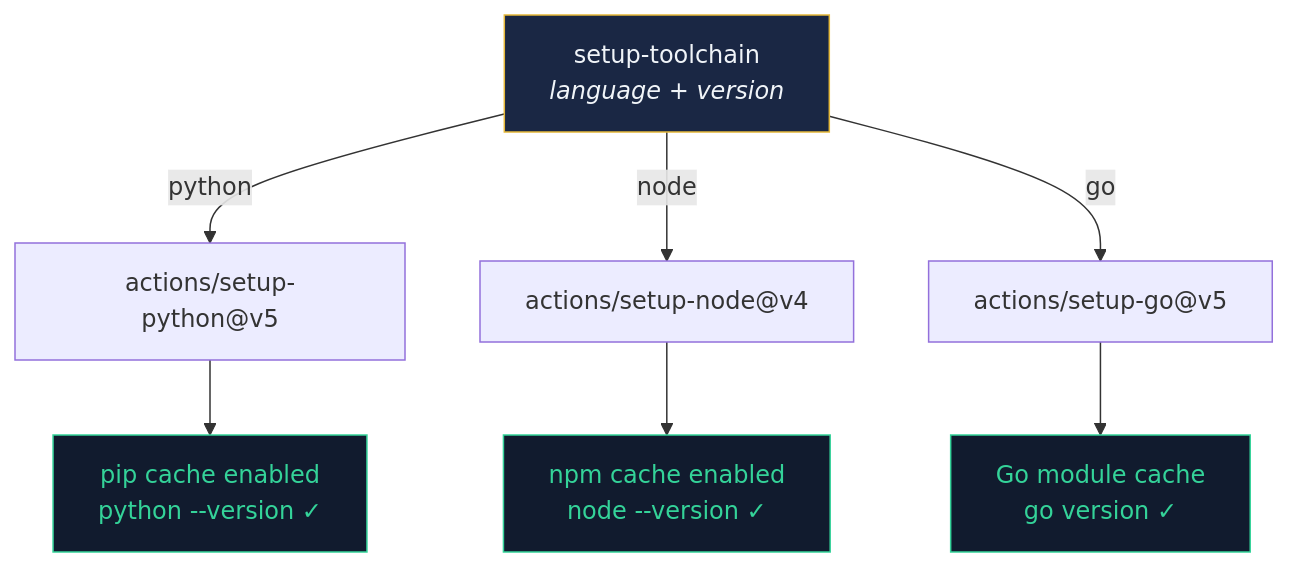
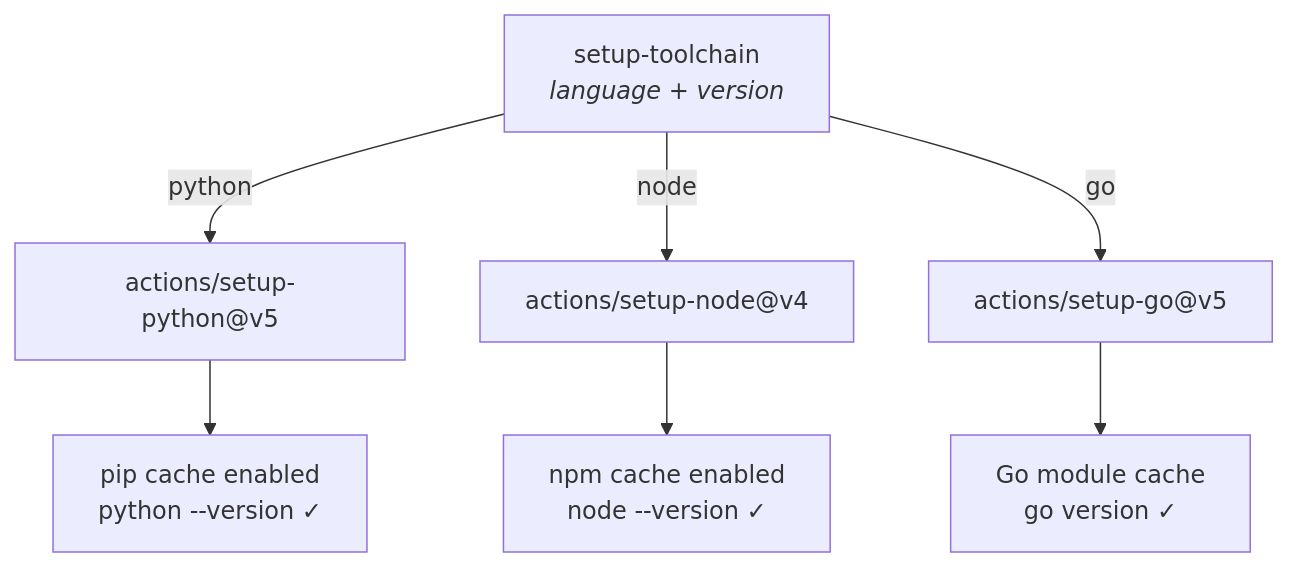
The diagram in docs/04-composite-actions.md (mruthyunjaya-lakkappanavar/gha-reusable-workflows-docs), drawn with Mermaid before and after one commit. The commit also changed 4 other files, not shown here.

Commit message:
Remove hardcoded dark styles from Mermaid diagrams for light/dark mode support

````diff
--- a/docs/04-composite-actions.md
+++ b/docs/04-composite-actions.md
@@ -23,16 +23,11 @@
 ```mermaid
 flowchart TD
     IN["setup-toolchain<br/><em>language + version</em>"]
     IN -->|python| P1["actions/setup-python@v5"]
     IN -->|node| N1["actions/setup-node@v4"]
     IN -->|go| G1["actions/setup-go@v5"]
 
     P1 --> P2["pip cache enabled<br/>python --version ✓"]
     N1 --> N2["npm cache enabled<br/>node --version ✓"]
     G1 --> G2["Go module cache<br/>go version ✓"]
-
-    style IN fill:#1a2744,stroke:#e5b83a,color:#f0f4f8
-    style P2 fill:#111b2e,stroke:#34d399,color:#34d399
-    style N2 fill:#111b2e,stroke:#34d399,color:#34d399
-    style G2 fill:#111b2e,stroke:#34d399,color:#34d399
 ```
````
